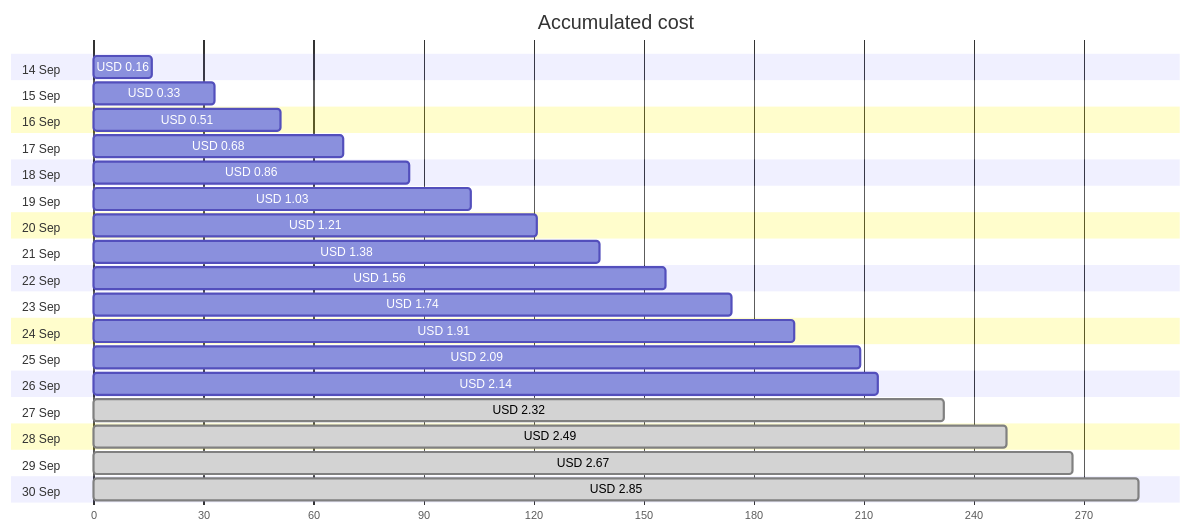
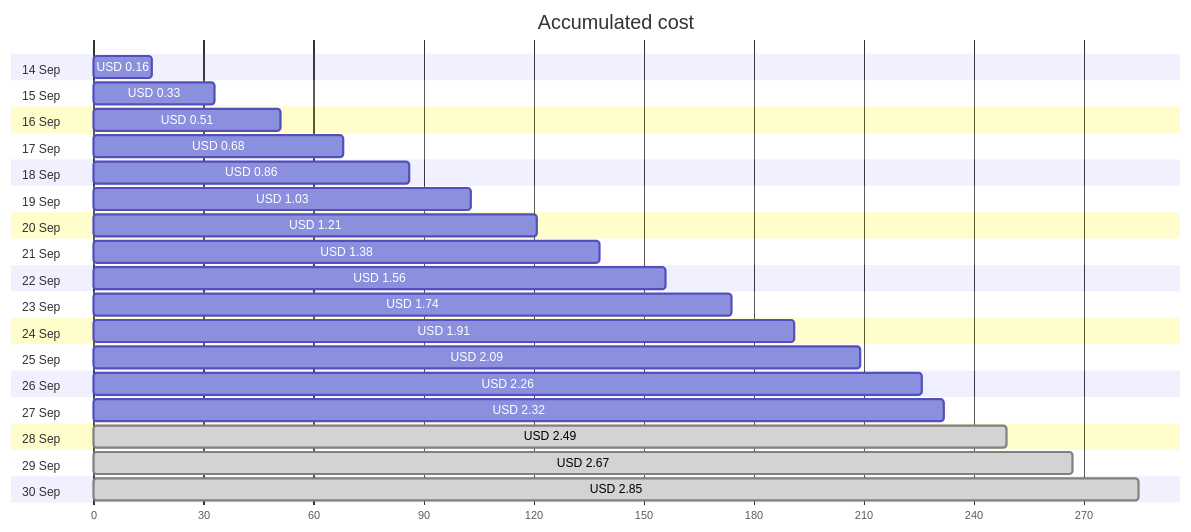
One commit to jpfulton/azure-personal-reports changed the first of 4 diagrams in cost-reports/personal-network/backup-server.md. Above: the diagram before and after it, drawn with Mermaid. The commit also changed other lines of this file and 9 other files, not shown here.

````diff
--- a/cost-reports/personal-network/backup-server.md
+++ b/cost-reports/personal-network/backup-server.md
@@ -20,40 +20,40 @@
 ```mermaid
 gantt
    title Accumulated cost
    dateFormat  X
    axisFormat %s
    section 14 Sep
    USD 0.16 :0, 16
    section 15 Sep
    USD 0.33 :0, 33
    section 16 Sep
    USD 0.51 :0, 51
    section 17 Sep
    USD 0.68 :0, 68
    section 18 Sep
    USD 0.86 :0, 86
    section 19 Sep
    USD 1.03 :0, 103
    section 20 Sep
    USD 1.21 :0, 121
    section 21 Sep
    USD 1.38 :0, 138
    section 22 Sep
    USD 1.56 :0, 156
    section 23 Sep
    USD 1.74 :0, 174
    section 24 Sep
    USD 1.91 :0, 191
    section 25 Sep
    USD 2.09 :0, 209
    section 26 Sep
-   USD 2.14 :0, 214
+   USD 2.26 :0, 226
    section 27 Sep
-   USD 2.32 : done, 0, 232
+   USD 2.32 :0, 232
    section 28 Sep
    USD 2.49 : done, 0, 249
    section 29 Sep
    USD 2.67 : done, 0, 267
    section 30 Sep
    USD 2.85 : done, 0, 285
 ```
````
